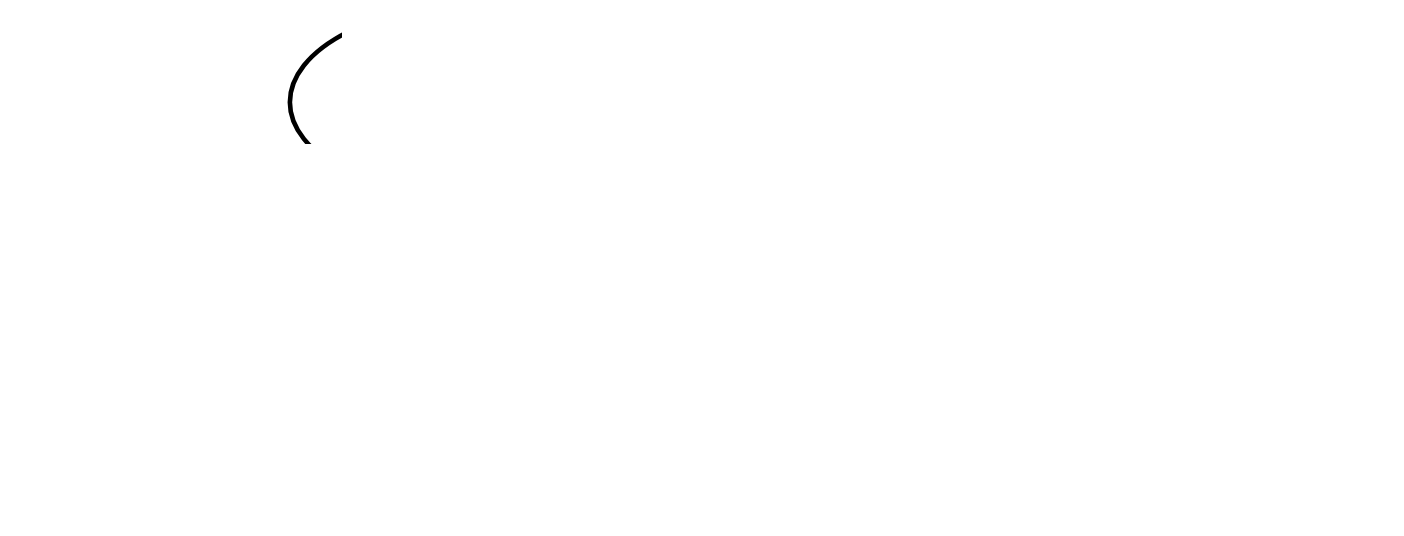
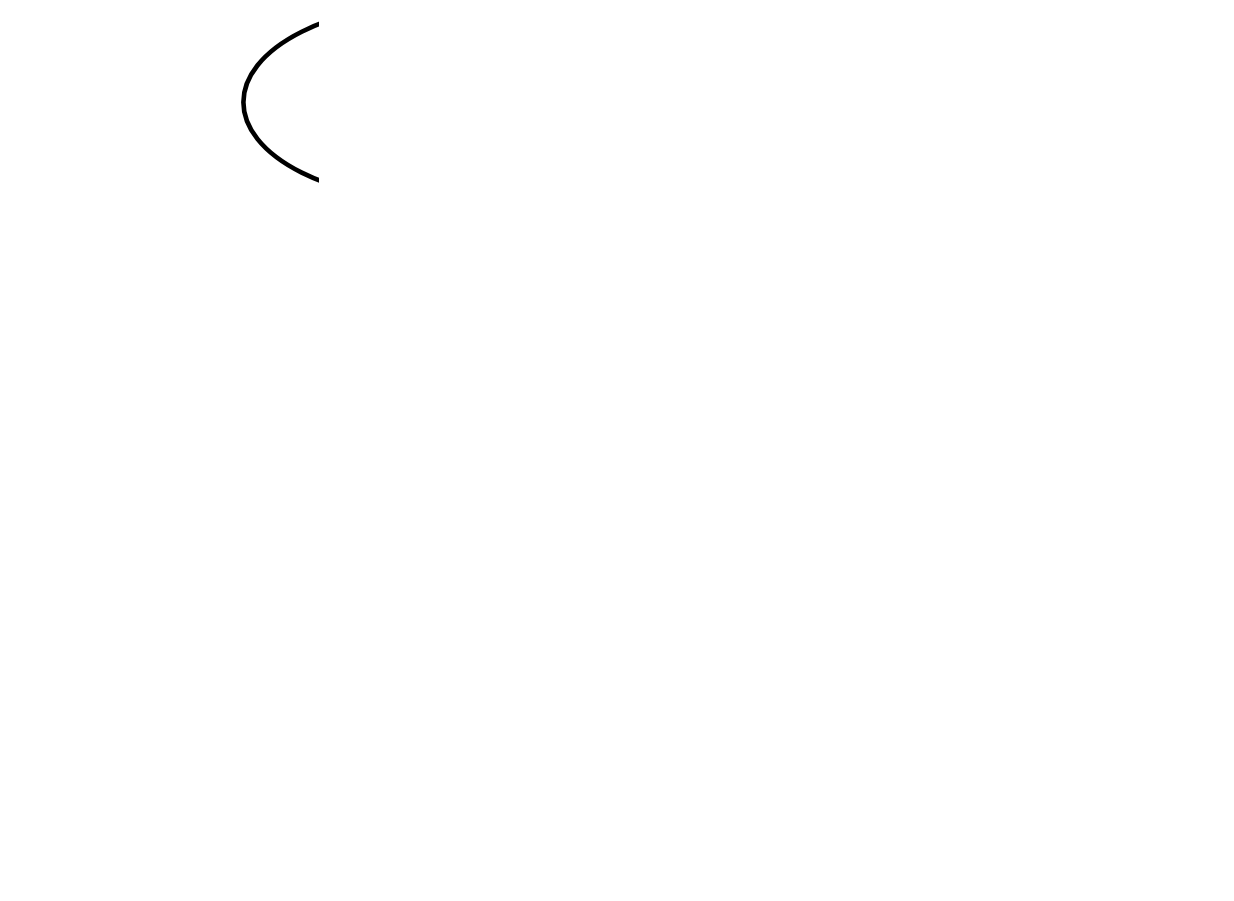
The diagram in figures/framework.dot (LabCidades/COVID-Media), drawn with Graphviz before and after one commit. The commit also changed 9 other files, not shown here.

Commit message:
Graphical models version 1

```diff
--- a/figures/framework.dot
+++ b/figures/framework.dot
@@ -1,23 +1,22 @@
-digraph estatistica_inferencial {
+digraph graphical_model {
   forcelabels=true;
   graph [overlap=false,
   	 dpi=300,
   	 bgcolor="transparent",
 	 esep=8,
          fontsize=12]
   node [shape=oval,
   	width=1.2,
 	height=0.6,
 	fixedsize=shape,
         fontname=Helvetica]
+  Gender    [label="Gender"]
+  Age       [label="Age"]
   Fear      [label="Fear"]
   Selfeff   [label="Self-\nEfficacy"]
   Behaviors [label="Protective\nBehaviors"]
   Media     [label="Media\nExposure"]
-  mod       [label="", fixedsize="false",width=0,height=0,shape=none]
-  Fear -> mod [arrowhead=none]
-  mod -> Selfeff
-  Selfeff -> Behaviors
-  Media -> mod
- {rank=same; Fear; mod; Selfeff; Behaviors};
+
+  {Gender Age} -> {Media Fear}
+  {Media Fear Selfeff} -> Behaviors
 }
```
